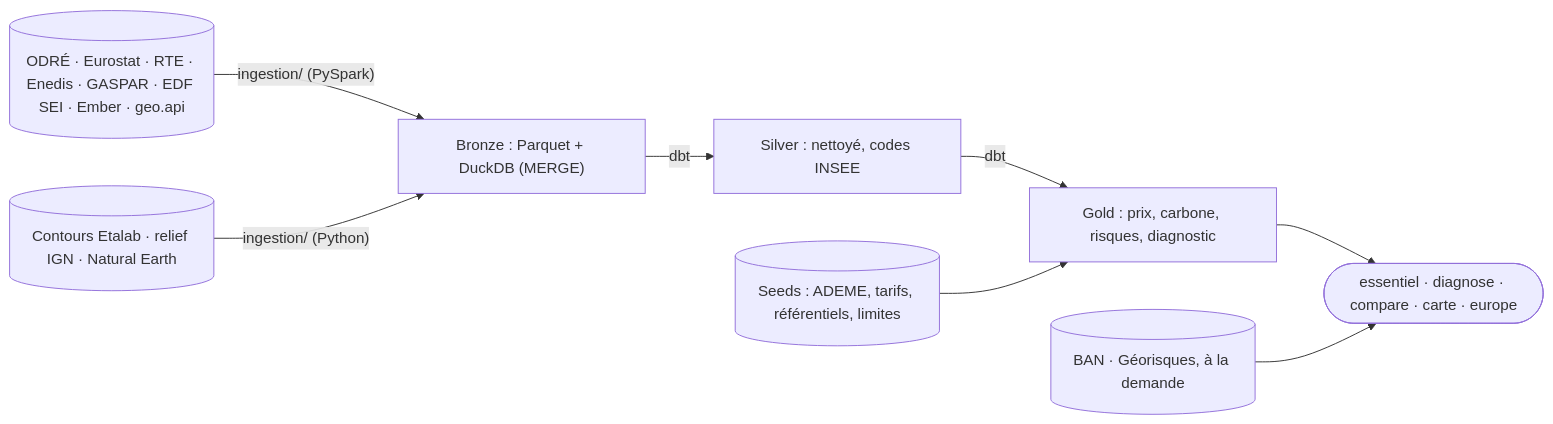
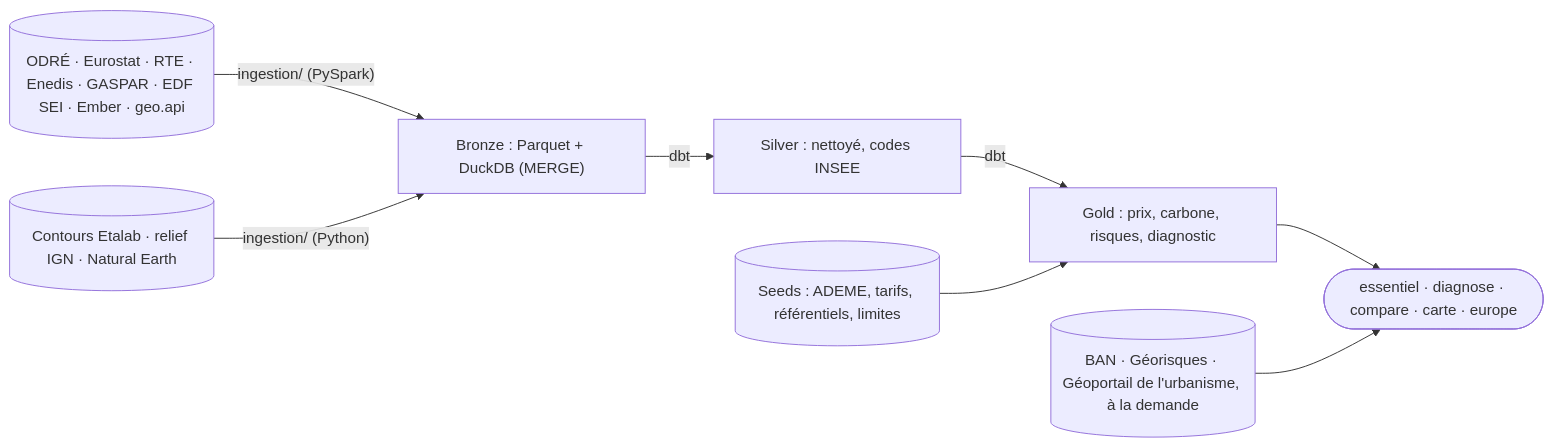
Before and after one commit to Elias-Ouafi/ou-brancher-mon-entreprise: the diagram in README.md, drawn with Mermaid. The commit also changed other lines of this file and 11 other files, not shown here.

````diff
--- a/README.md
+++ b/README.md
@@ -141,10 +141,10 @@
 ```mermaid
 flowchart LR
     SRC[("ODRÉ · Eurostat · RTE · Enedis · GASPAR · EDF SEI · Ember · geo.api")] -->|"ingestion/ (PySpark)"| B["Bronze : Parquet + DuckDB (MERGE)"]
     B -->|dbt| S["Silver : nettoyé, codes INSEE"]
     S -->|dbt| G["Gold : prix, carbone, risques, diagnostic"]
     SEEDS[("Seeds : ADEME, tarifs, référentiels, limites")] --> G
     GEO[("Contours Etalab · relief IGN · Natural Earth")] -->|"ingestion/ (Python)"| B
     G --> CLI(["essentiel · diagnose · compare · carte · europe"])
-    BAN[("BAN · Géorisques, à la demande")] --> CLI
+    BAN[("BAN · Géorisques · Géoportail de l'urbanisme, à la demande")] --> CLI
 ```
````
